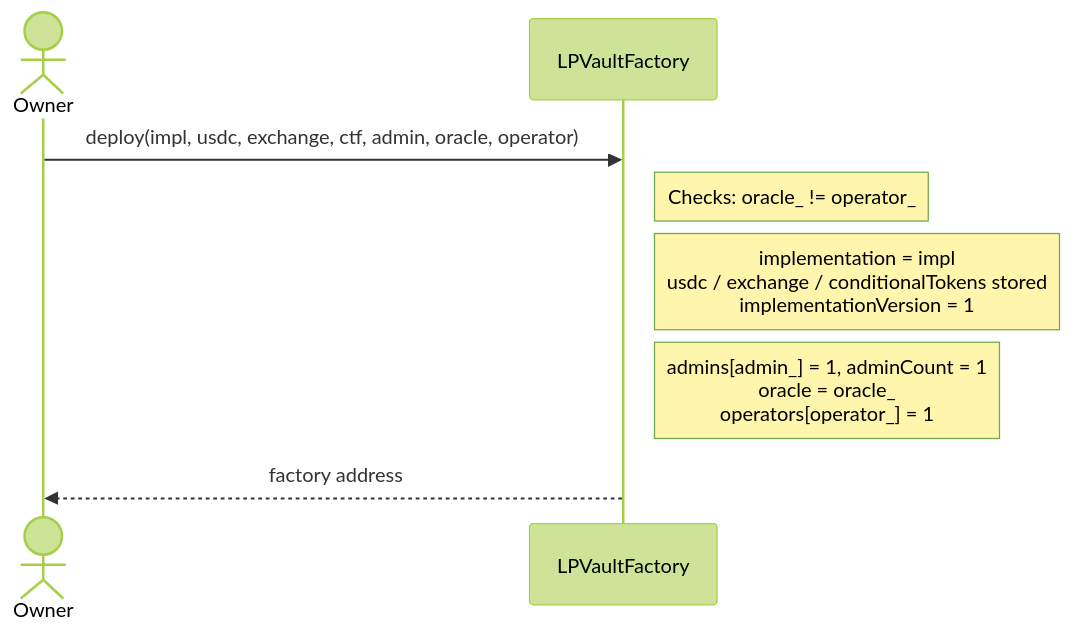
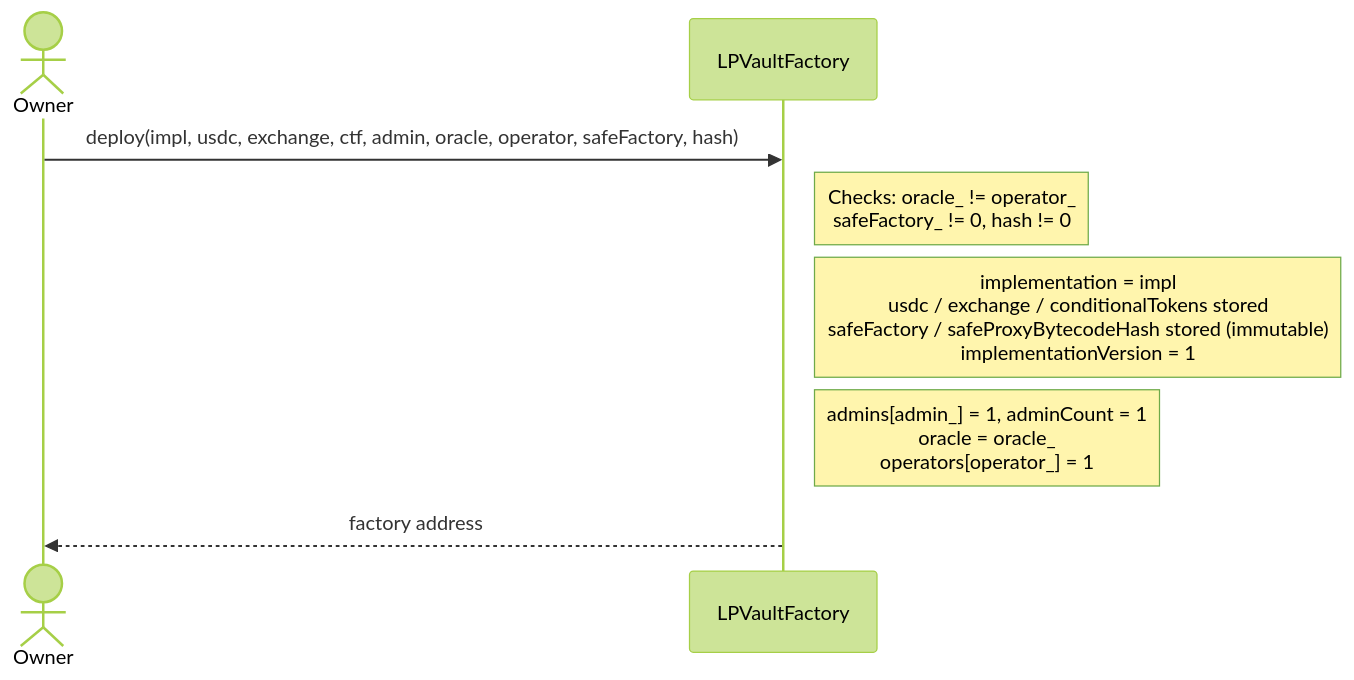
One commit to ProphetMarket/lp-vaults changed the first of 28 diagrams in REFERENCE.md. Above: the diagram before and after it, drawn with Mermaid (forest theme). The commit also changed other lines of this file and 4 other files, not shown here.

````diff
--- a/REFERENCE.md
+++ b/REFERENCE.md
@@ -44,11 +48,11 @@
 ```mermaid
 sequenceDiagram
     actor Owner
     participant Factory as LPVaultFactory
 
-    Owner->>Factory: deploy(impl, usdc, exchange, ctf, admin, oracle, operator)
-    Note right of Factory: Checks: oracle_ != operator_
-    Note right of Factory: implementation = impl<br/>usdc / exchange / conditionalTokens stored<br/>implementationVersion = 1
+    Owner->>Factory: deploy(impl, usdc, exchange, ctf, admin, oracle, operator, safeFactory, hash)
+    Note right of Factory: Checks: oracle_ != operator_<br/>safeFactory_ != 0, hash != 0
+    Note right of Factory: implementation = impl<br/>usdc / exchange / conditionalTokens stored<br/>safeFactory / safeProxyBytecodeHash stored (immutable)<br/>implementationVersion = 1
     Note right of Factory: admins[admin_] = 1, adminCount = 1<br/>oracle = oracle_<br/>operators[operator_] = 1
     Factory-->>Owner: factory address
 ```
````
